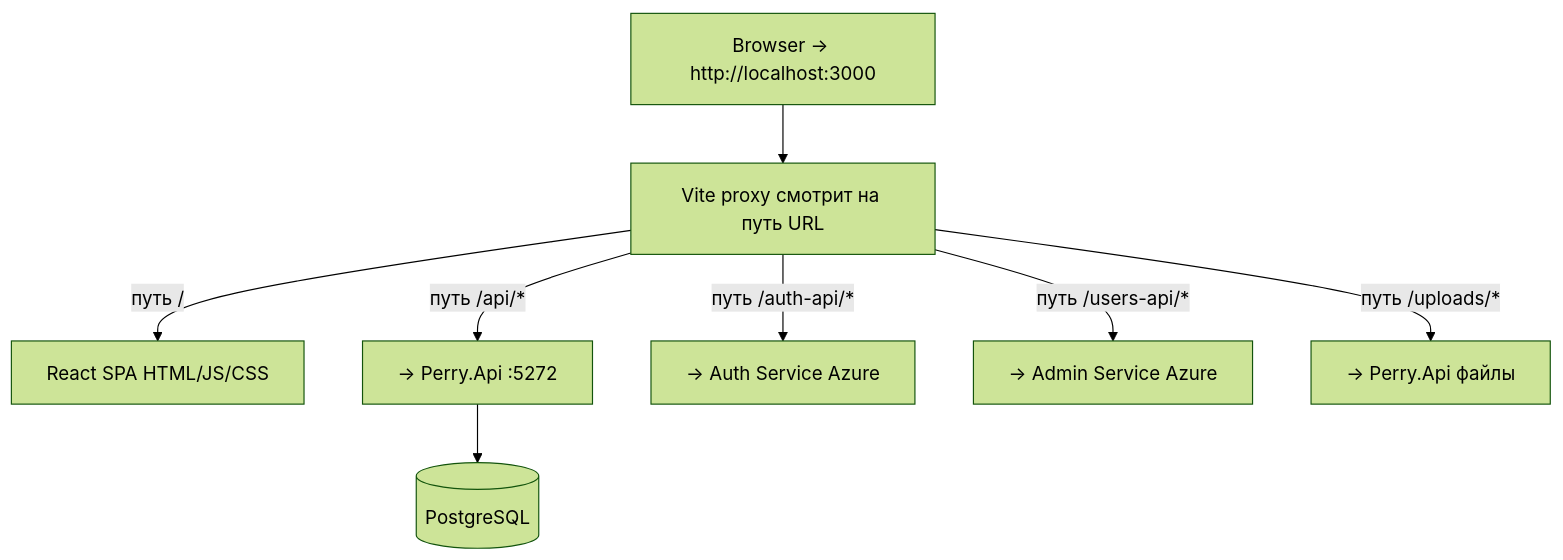
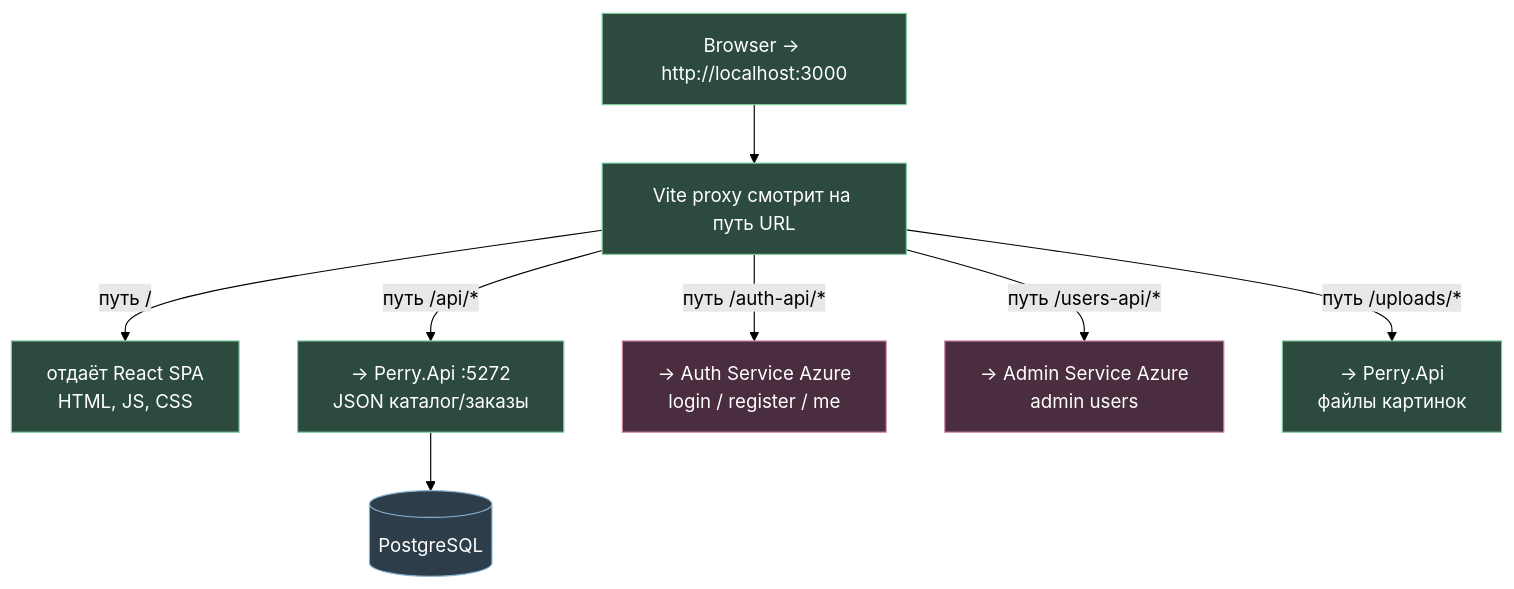
Before and after one commit to ITSTEP-PERRY/Back_end_for_our_poroject: the second of 10 diagrams in project_defense/DEFENSE_BACKEND.md, drawn with Mermaid (forest theme). The commit also changed other lines of this file and 2 other files, not shown here.

````diff
--- a/project_defense/DEFENSE_BACKEND.md
+++ b/project_defense/DEFENSE_BACKEND.md
@@ -89,12 +99,23 @@
 ```mermaid
 flowchart TB
   B["Browser → http://localhost:3000"]
   V["Vite proxy смотрит на путь URL"]
+
   B --> V
-  V -->|"путь /"| SPA["React SPA HTML/JS/CSS"]
-  V -->|"путь /api/*"| API["→ Perry.Api :5272"]
-  V -->|"путь /auth-api/*"| AUTH["→ Auth Service Azure"]
-  V -->|"путь /users-api/*"| USERS["→ Admin Service Azure"]
-  V -->|"путь /uploads/*"| UP["→ Perry.Api файлы"]
+
+  V -->|"путь /"| SPA["отдаёт React SPA<br/>HTML, JS, CSS"]
+  V -->|"путь /api/*"| API["→ Perry.Api :5272<br/>JSON каталог/заказы"]
+  V -->|"путь /auth-api/*"| AUTH["→ Auth Service Azure<br/>login / register / me"]
+  V -->|"путь /users-api/*"| USERS["→ Admin Service Azure<br/>admin users"]
+  V -->|"путь /uploads/*"| UP["→ Perry.Api<br/>файлы картинок"]
+
   API --> DB[("PostgreSQL")]
+
+  classDef a fill:#1e3a5f,stroke:#5b9fd4,color:#fff
+  classDef e fill:#4a2d3e,stroke:#d48ab0,color:#fff
+  classDef f fill:#2d4a3e,stroke:#7dcea0,color:#fff
+  classDef d fill:#2d3e4a,stroke:#8ab4d4,color:#fff
+  class B,V,SPA,API,UP f
+  class AUTH,USERS e
+  class DB d
 ```
````
